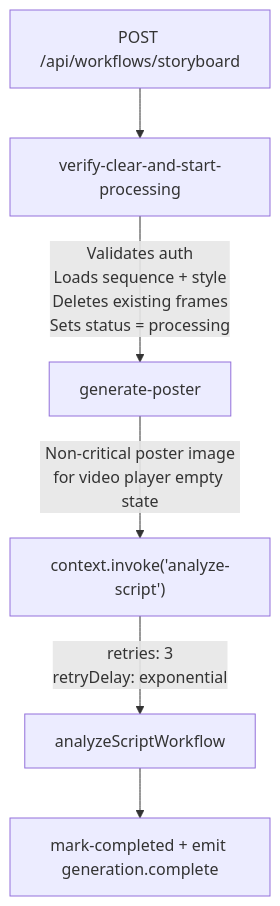
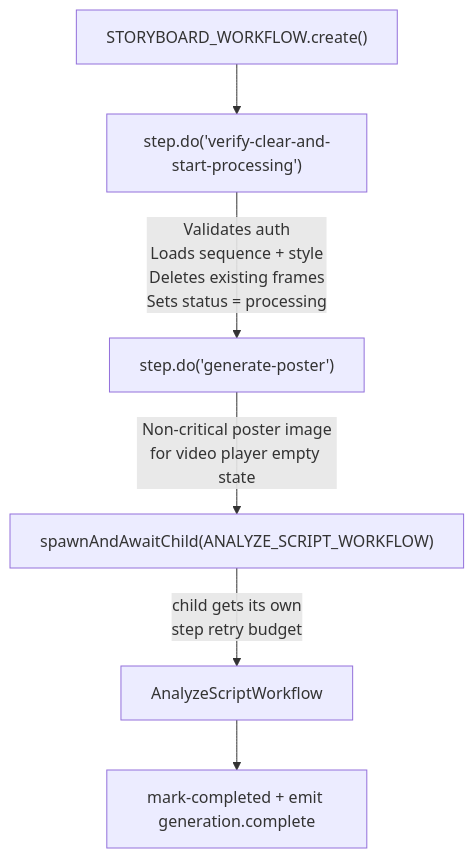
Before and after one commit to Naxp/openstory: the second of 7 diagrams in docs/developer-guide/workflow.md, drawn with Mermaid. The commit also changed other lines of this file and 18 other files, not shown here.

````diff
--- a/docs/developer-guide/workflow.md
+++ b/docs/developer-guide/workflow.md
@@ -121,8 +122,8 @@
 ```mermaid
 flowchart TD
-    Start["POST /api/workflows/storyboard"] --> Verify["verify-clear-and-start-processing"]
-    Verify -->|"Validates auth<br/>Loads sequence + style<br/>Deletes existing frames<br/>Sets status = processing"| Poster["generate-poster"]
-    Poster -->|"Non-critical poster image<br/>for video player empty state"| Invoke["context.invoke('analyze-script')"]
-    Invoke -->|"retries: 3<br/>retryDelay: exponential"| ASW["analyzeScriptWorkflow"]
+    Start["STORYBOARD_WORKFLOW.create()"] --> Verify["step.do('verify-clear-and-start-processing')"]
+    Verify -->|"Validates auth<br/>Loads sequence + style<br/>Deletes existing frames<br/>Sets status = processing"| Poster["step.do('generate-poster')"]
+    Poster -->|"Non-critical poster image<br/>for video player empty state"| Invoke["spawnAndAwaitChild(ANALYZE_SCRIPT_WORKFLOW)"]
+    Invoke -->|"child gets its own<br/>step retry budget"| ASW["AnalyzeScriptWorkflow"]
     ASW --> Complete["mark-completed + emit generation.complete"]
 ```
````
